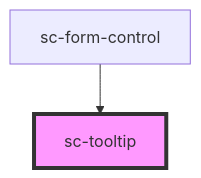
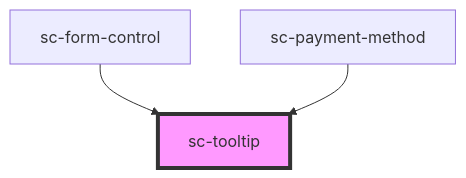
Before and after one commit to surecart/surecart-wp-plugin: the diagram in packages/components/src/components/ui/tooltip/readme.md, drawn with Mermaid. The commit also changed other lines of this file and 68 other files, not shown here.

````diff
--- a/packages/components/src/components/ui/tooltip/readme.md
+++ b/packages/components/src/components/ui/tooltip/readme.md
@@ -35,5 +36,6 @@
 ```mermaid
 graph TD;
   sc-form-control --> sc-tooltip
+  sc-payment-method --> sc-tooltip
   style sc-tooltip fill:#f9f,stroke:#333,stroke-width:4px
 ```
````
